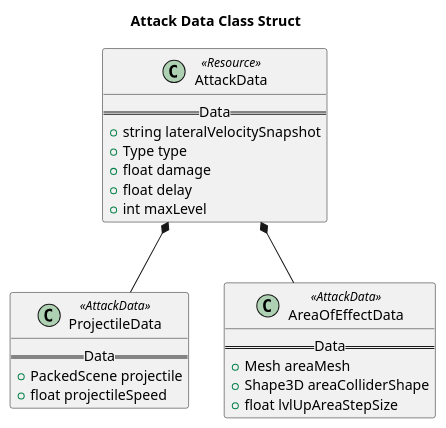
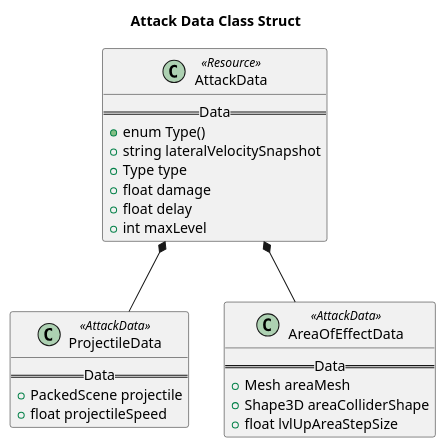
The diagram in UML-Diagrams/src/Attack_Data_Class_Struct.puml (kjtkanaly/Roguelike-Shoot-Em-Up), drawn with PlantUML before and after one commit. The commit also changed 6 other files, not shown here.

Commit message:
Progress on restructuring the attack classes. Updated UML documents to reflect these changes/additons. Introduced some polymorphism into the classes because I'm a real programmer OR something

```diff
--- a/UML-Diagrams/src/Attack_Data_Class_Struct.puml
+++ b/UML-Diagrams/src/Attack_Data_Class_Struct.puml
@@ -1,30 +1,31 @@
 @startuml Attack Data Class Struct
 
 title Attack Data Class Struct
 
 class AttackData <<Resource>>{
     == Data ==
+    + enum Type()
     + string lateralVelocitySnapshot
     + Type type
     + float damage
     + float delay
     + int maxLevel
 }
 
 class ProjectileData <<AttackData>> {
     == Data ==
     + PackedScene projectile
     + float projectileSpeed
 }
 
 class AreaOfEffectData <<AttackData>> {
     == Data ==
     + Mesh areaMesh
     + Shape3D areaColliderShape
     + float lvlUpAreaStepSize
 }
 
 AttackData *-- ProjectileData
 AttackData *-- AreaOfEffectData
 
 @enduml
```
